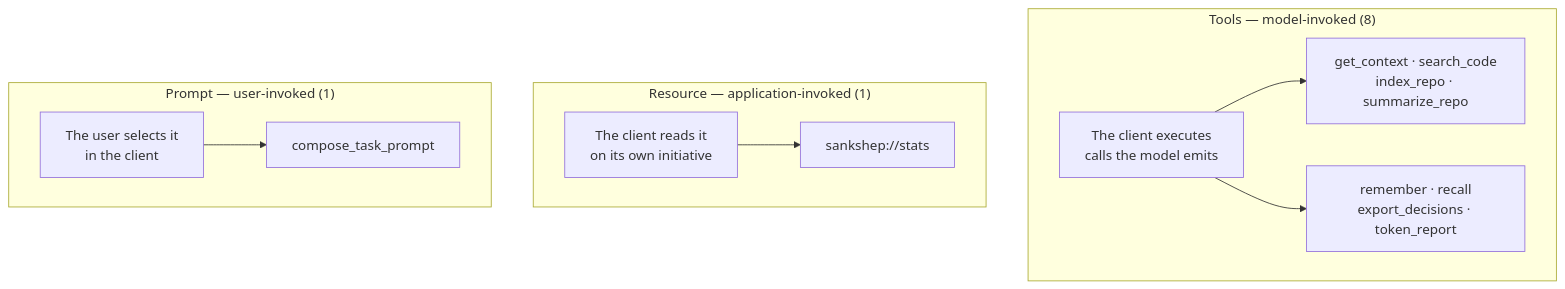
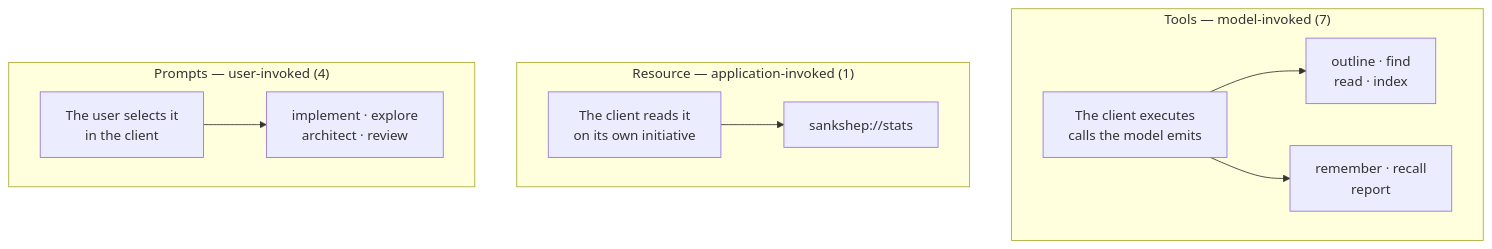
One commit to nitinpawar28/AI-learn changed the second of 2 diagrams in docs/part3-mcp/primitives.md. Above: the diagram before and after it, drawn with Mermaid. The commit also changed other lines of this file and 29 other files, not shown here.

````diff
--- a/docs/part3-mcp/primitives.md
+++ b/docs/part3-mcp/primitives.md
@@ -190,16 +190,16 @@
 ```mermaid
 flowchart TB
-    subgraph slane1["Tools — model-invoked (8)"]
+    subgraph slane1["Tools — model-invoked (7)"]
         direction LR
-        SM["The client executes<br/>calls the model emits"] --> ST1["get_context · search_code<br/>index_repo · summarize_repo"]
-        SM --> ST2["remember · recall<br/>export_decisions · token_report"]
+        SM["The client executes<br/>calls the model emits"] --> ST1["outline · find<br/>read · index"]
+        SM --> ST2["remember · recall<br/>report"]
     end
     subgraph slane2["Resource — application-invoked (1)"]
         direction LR
         SA["The client reads it<br/>on its own initiative"] --> SR["sankshep://stats"]
     end
-    subgraph slane3["Prompt — user-invoked (1)"]
+    subgraph slane3["Prompts — user-invoked (4)"]
         direction LR
-        SU["The user selects it<br/>in the client"] --> SP["compose_task_prompt"]
+        SU["The user selects it<br/>in the client"] --> SP["implement · explore<br/>architect · review"]
     end
 ```
````
